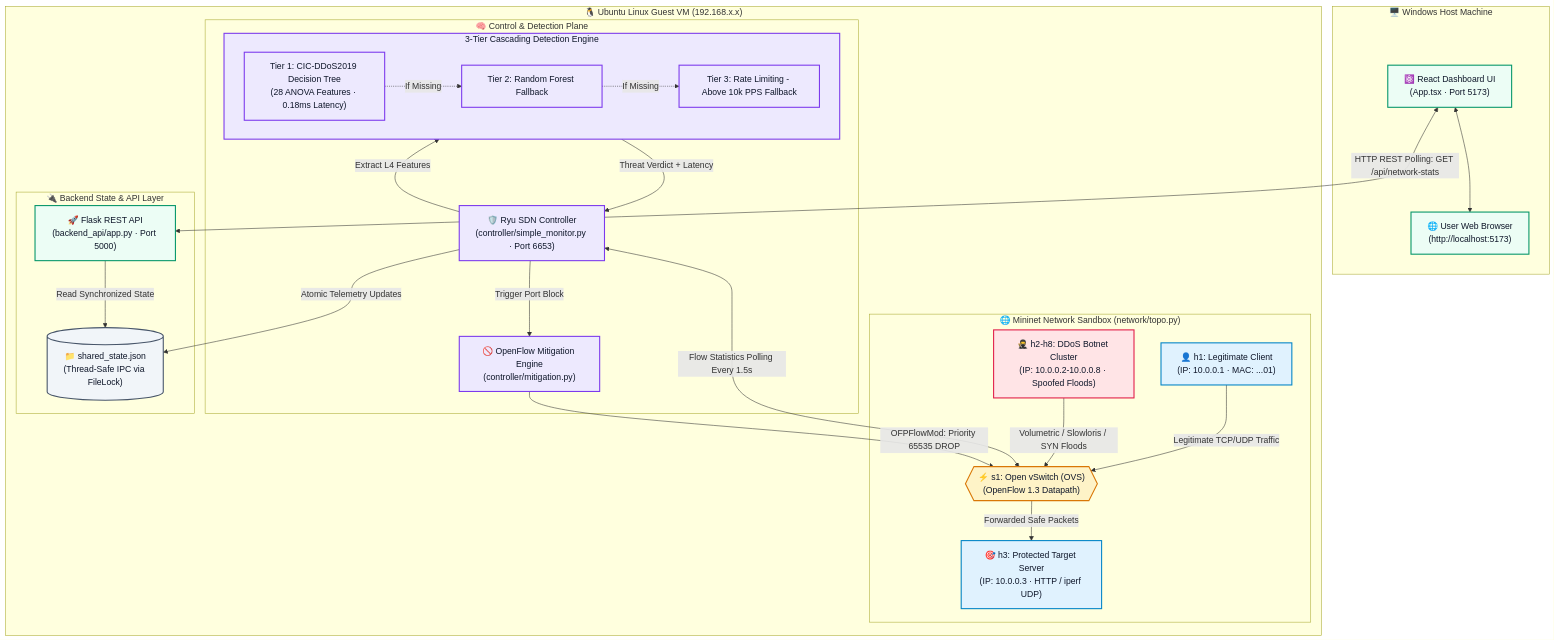
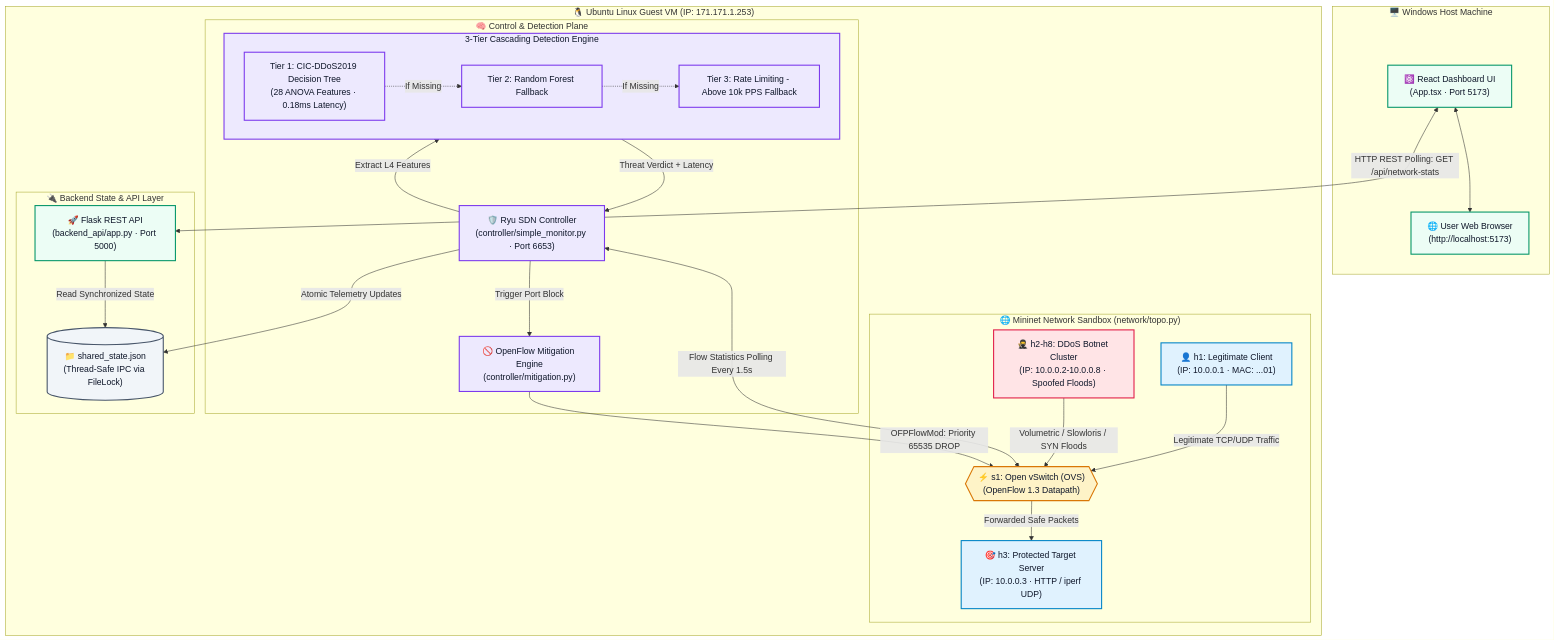
The first of 2 diagrams in README.md (botvecna47/SDN-Based-DDoS-Mitigation), drawn with Mermaid before and after one commit. The commit also changed 19 other files, not shown here.

Commit message:
feat: end-to-end multi-vector DDoS emulation, flow-granular mitigation, same-IP mixed traffic, per-IP telemetry table graph, and updated documentation

````diff
--- a/README.md
+++ b/README.md
@@ -22,65 +22,65 @@
 ```mermaid
 flowchart TD
     subgraph WindowsHost["🖥️ Windows Host Machine"]
         RD["⚛️ React Dashboard UI\n(App.tsx · Port 5173)"]
         Browser["🌐 User Web Browser\n(http://localhost:5173)"]
         RD <--> Browser
     end
 
-    subgraph UbuntuVM["🐧 Ubuntu Linux Guest VM (192.168.x.x)"]
+    subgraph UbuntuVM["🐧 Ubuntu Linux Guest VM (IP: 171.171.1.253)"]
         subgraph MininetSandbox["🌐 Mininet Network Sandbox (network/topo.py)"]
             H1["👤 h1: Legitimate Client\n(IP: 10.0.0.1 · MAC: ...01)"]
             H2["🥷 h2-h8: DDoS Botnet Cluster\n(IP: 10.0.0.2-10.0.0.8 · Spoofed Floods)"]
             H3["🎯 h3: Protected Target Server\n(IP: 10.0.0.3 · HTTP / iperf UDP)"]
             S1{{"⚡ s1: Open vSwitch (OVS)\n(OpenFlow 1.3 Datapath)"}}
             
             H1 -->|Legitimate TCP/UDP Traffic| S1
             H2 -->|"Volumetric / Slowloris / SYN Floods"| S1
             S1 -->|Forwarded Safe Packets| H3
         end
 
         subgraph ControlPlane["🧠 Control & Detection Plane"]
             Ryu["🛡️ Ryu SDN Controller\n(controller/simple_monitor.py · Port 6653)"]
             
             subgraph CascadeEngine["3-Tier Cascading Detection Engine"]
                 T1["Tier 1: CIC-DDoS2019 Decision Tree\n(28 ANOVA Features · 0.18ms Latency)"]
                 T2["Tier 2: Random Forest Fallback"]
                 T3["Tier 3: Rate Limiting - Above 10k PPS Fallback"]
                 T1 -.->|If Missing| T2
                 T2 -.->|If Missing| T3
             end
             
             Mitigation["🚫 OpenFlow Mitigation Engine\n(controller/mitigation.py)"]
             
             Ryu <-->|Flow Statistics Polling Every 1.5s| S1
             Ryu -->|Extract L4 Features| CascadeEngine
             CascadeEngine -->|Threat Verdict + Latency| Ryu
             Ryu -->|Trigger Port Block| Mitigation
             Mitigation -->|"OFPFlowMod: Priority 65535 DROP"| S1
         end
 
         subgraph BackendAPI["🔌 Backend State & API Layer"]
             StateFile[("📁 shared_state.json\n(Thread-Safe IPC via FileLock)")]
             Flask["🚀 Flask REST API\n(backend_api/app.py · Port 5000)"]
             
             Ryu -->|Atomic Telemetry Updates| StateFile
             Flask -->|Read Synchronized State| StateFile
         end
     end
 
     RD <-->|HTTP REST Polling: GET /api/network-stats| Flask
 
     classDef hostStyle fill:#e0f2fe,stroke:#0284c7,stroke-width:2px,color:#0f172a;
     classDef attackerStyle fill:#ffe4e6,stroke:#e11d48,stroke-width:2px,color:#0f172a;
     classDef switchStyle fill:#fef3c7,stroke:#d97706,stroke-width:2px,color:#0f172a;
     classDef controllerStyle fill:#ede9fe,stroke:#7c3aed,stroke-width:2px,color:#0f172a;
     classDef storageStyle fill:#f1f5f9,stroke:#475569,stroke-width:2px,color:#0f172a;
     classDef uiStyle fill:#ecfdf5,stroke:#059669,stroke-width:2px,color:#0f172a;
 
     class H1,H3 hostStyle;
     class H2 attackerStyle;
     class S1 switchStyle;
     class Ryu,CascadeEngine,T1,T2,T3,Mitigation controllerStyle;
     class StateFile storageStyle;
     class RD,Browser,Flask uiStyle;
 ```
````
